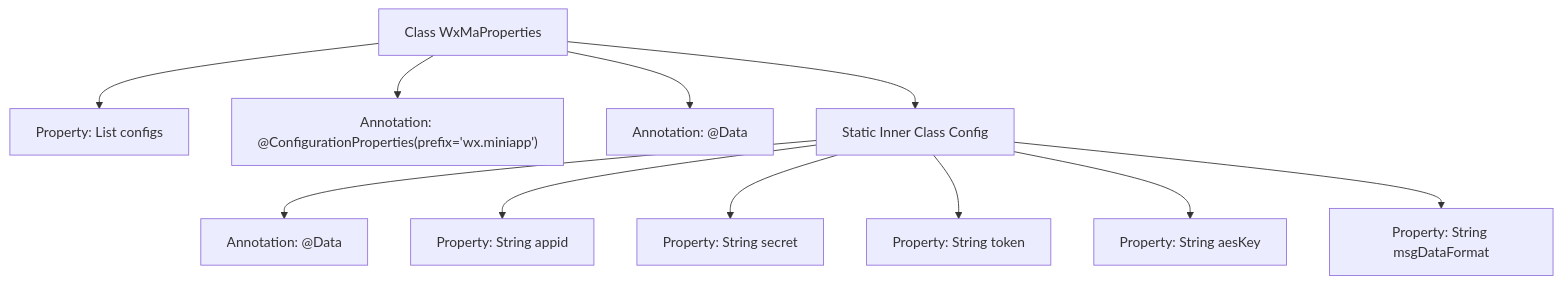
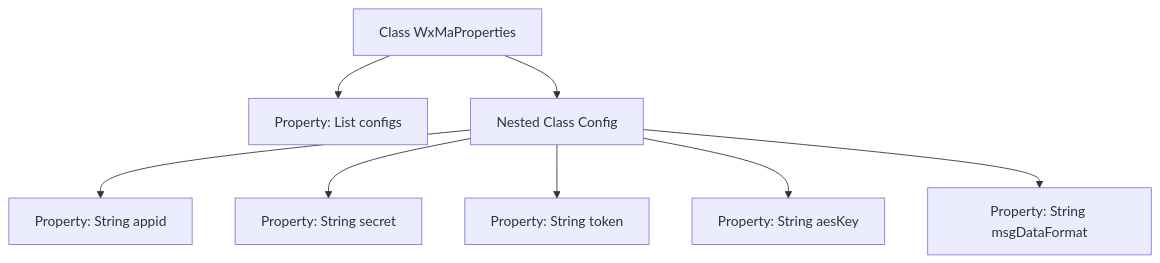
One commit to v-wjrong/rongwj666_weixin-java-miniapp-demo changed the second of 2 diagrams in docs/en/docs/src/main/java/com/github/binarywang/demo/wx/miniapp/config/WxMaProperties.md. Above: the diagram before and after it, drawn with Mermaid. The commit also changed other lines of this file and 47 other files, not shown here.

````diff
--- a/docs/en/docs/src/main/java/com/github/binarywang/demo/wx/miniapp/config/WxMaProperties.md
+++ b/docs/en/docs/src/main/java/com/github/binarywang/demo/wx/miniapp/config/WxMaProperties.md
@@ -70,25 +70,19 @@
 ```mermaid
 graph TD
     A["Class WxMaProperties"]
     B["Property: List<Config> configs"]
-    C["Annotation: @ConfigurationProperties(prefix='wx.miniapp')"]
-    D["Annotation: @Data"]
-    E["Static Inner Class Config"]
-    F["Property: String appid"]
-    G["Property: String secret"]
-    H["Property: String token"]
-    I["Property: String aesKey"]
-    J["Property: String msgDataFormat"]
-    K["Annotation: @Data"]
+    C["Nested Class Config"]
+    D["Property: String appid"]
+    E["Property: String secret"]
+    F["Property: String token"]
+    G["Property: String aesKey"]
+    H["Property: String msgDataFormat"]
 
-    A --> D
+    A --> B
     A --> C
-    A --> B
-    A --> E
-    E --> K
-    E --> F
-    E --> G
-    E --> H
-    E --> I
-    E --> J
+    C --> D
+    C --> E
+    C --> F
+    C --> G
+    C --> H
 ```
````
